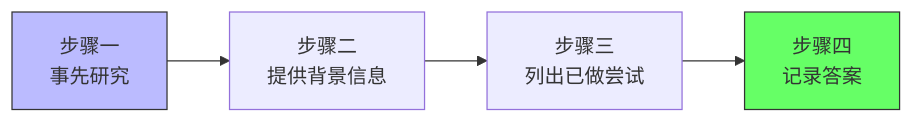
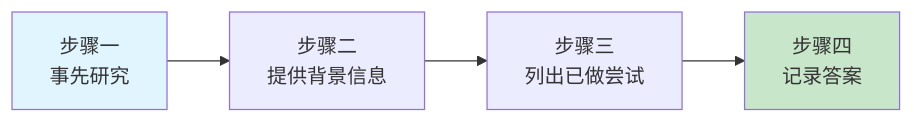
Before and after one commit to chongyang211/YCBookBlog: the tenth of 14 diagrams in packages/website/11.书籍/06.自我精进·立言/05.学会高效地提问.md, drawn with Mermaid. The commit also changed other lines of this file, not shown here.

````diff
--- a/packages/website/11.书籍/06.自我精进·立言/05.学会高效地提问.md
+++ b/packages/website/11.书籍/06.自我精进·立言/05.学会高效地提问.md
@@ -228,8 +262,8 @@
 ```mermaid
 flowchart LR
-    A[步骤一<br>事先研究] --> B[步骤二<br>提供背景信息]
-    B --> C[步骤三<br>列出已做尝试]
-    C --> D[步骤四<br>记录答案]
-    style A fill:#bbf,stroke:#333
-    style D fill:#6f6,stroke:#333
+    A[步骤一<br/>事先研究] --> B[步骤二<br/>提供背景信息]
+    B --> C[步骤三<br/>列出已做尝试]
+    C --> D[步骤四<br/>记录答案]
+    style A fill:#e1f5fe
+    style D fill:#c8e6c9
 ```
````
